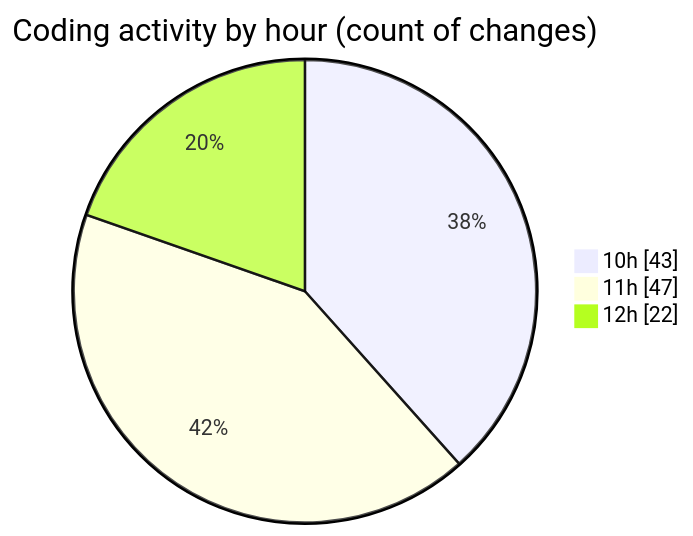
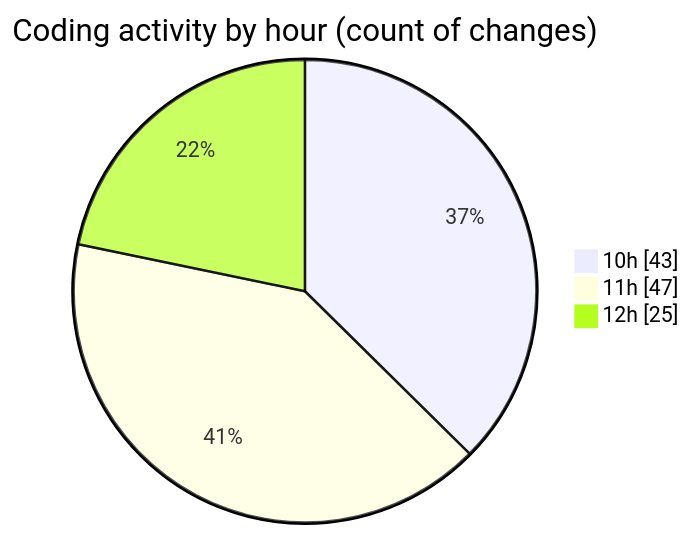
The second of 2 diagrams in 2025-02-10/cda/README.md (momahboobian/code-tracking), drawn with Mermaid before and after one commit. The commit also changed other lines of this file and 1 other file, not shown here.

````diff
--- a/2025-02-10/cda/README.md
+++ b/2025-02-10/cda/README.md
@@ -35,7 +35,7 @@
 ```mermaid
 pie showData
 title Coding activity by hour (count of changes)
 "10h" : 43
 "11h" : 47
-"12h" : 22
+"12h" : 25
 ```
````
